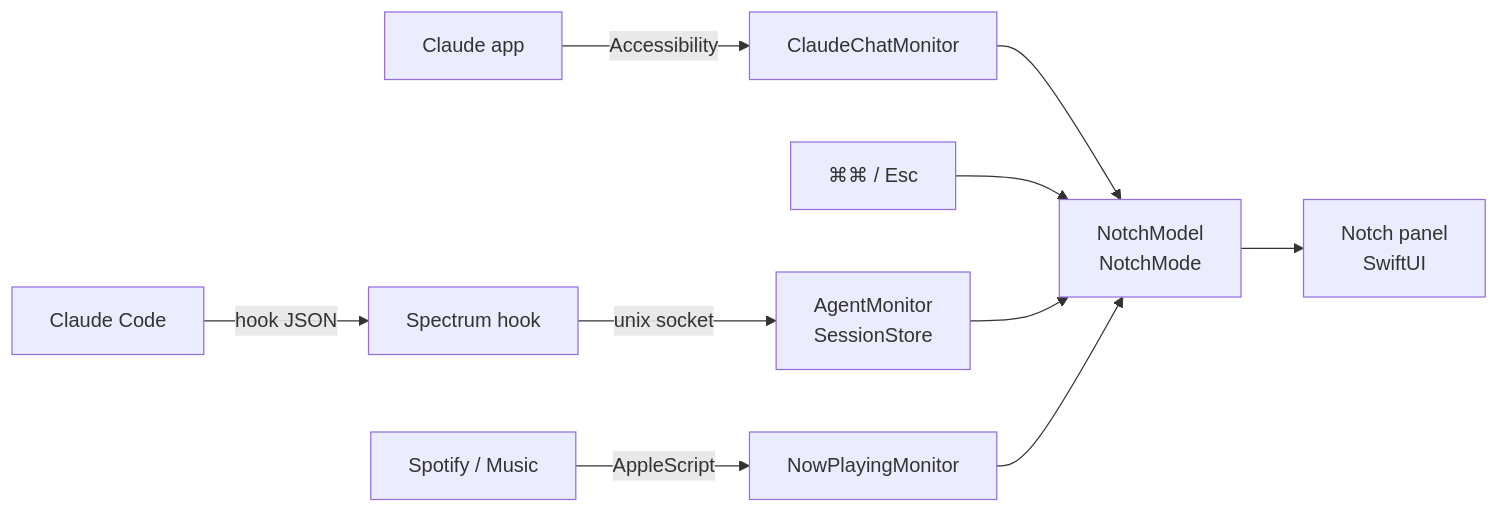
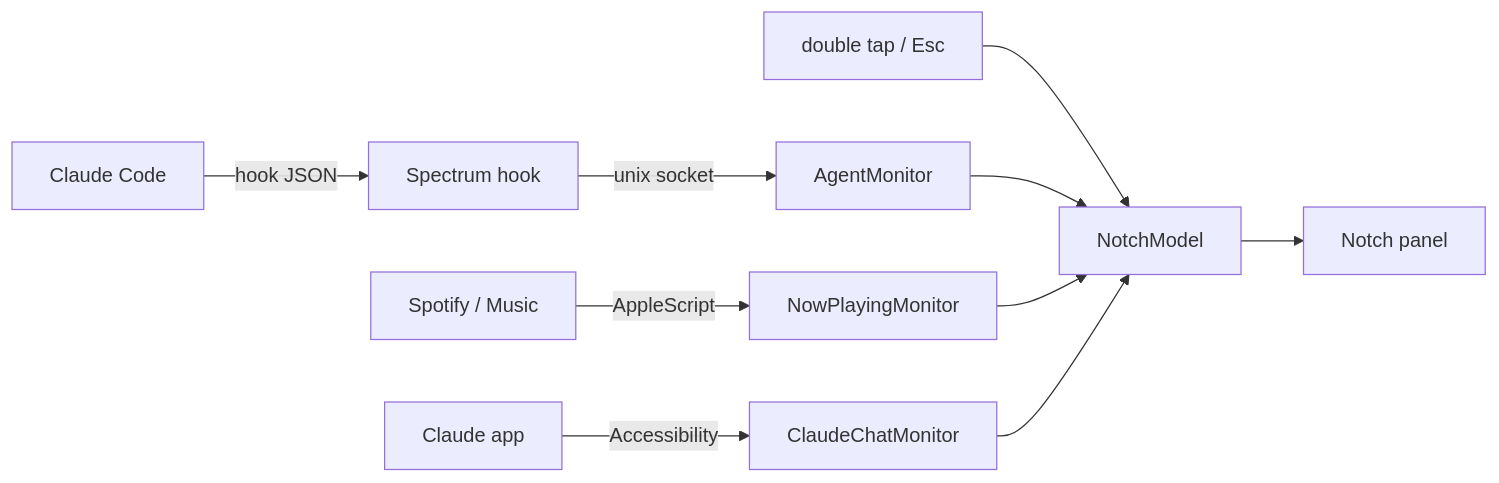
The diagram in README.md (asykixd/spectrum), drawn with Mermaid before and after one commit. The commit also changed other lines of this file and 4 other files, not shown here.

Commit message:
docs: prepare readme, changelog and roadmap for 0.1.0

````diff
--- a/README.md
+++ b/README.md
@@ -126,12 +126,12 @@
 ```mermaid
 flowchart LR
     CC[Claude Code] -- hook JSON --> Hook[Spectrum hook]
-    Hook -- unix socket --> Agents[AgentMonitor<br/>SessionStore]
+    Hook -- unix socket --> Agents[AgentMonitor]
     Players[Spotify / Music] -- AppleScript --> Music[NowPlayingMonitor]
     App[Claude app] -- Accessibility --> Chats[ClaudeChatMonitor]
+    Keys[double tap / Esc] --> Model
+    Agents --> Model[NotchModel]
+    Music --> Model
     Chats --> Model
-    Keys[⌘⌘ / Esc] --> Model
-    Agents --> Model[NotchModel<br/>NotchMode]
-    Music --> Model
-    Model --> UI[Notch panel<br/>SwiftUI]
+    Model --> UI[Notch panel]
 ```
````
